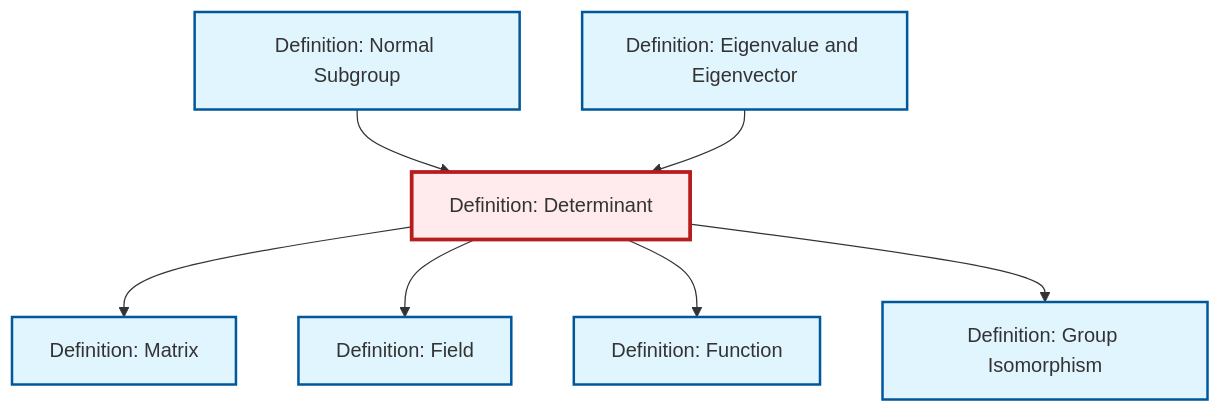
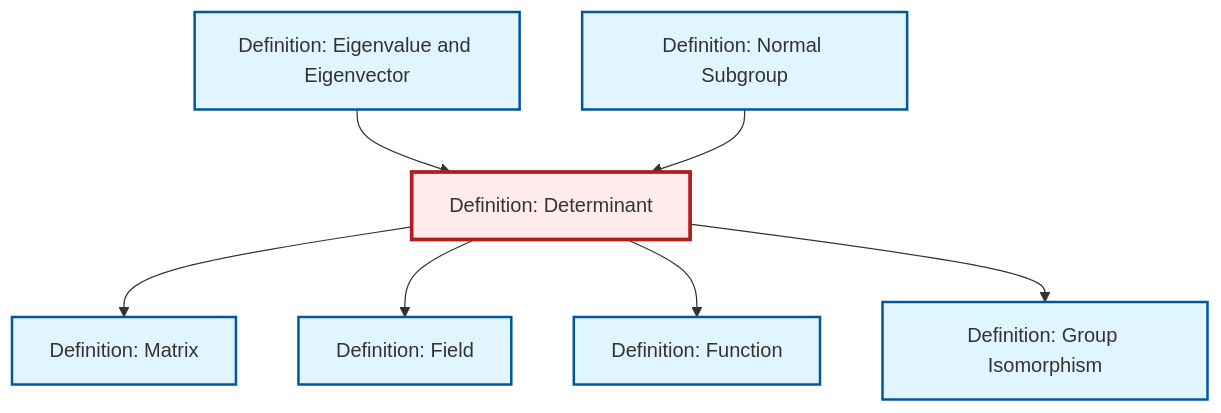
Before and after one commit to RK0429/ModernMath: the diagram in content/en/algebra/def-determinant.qmd, drawn with Mermaid. The commit also changed other lines of this file and 597 other files, not shown here.

````diff
--- a/content/en/algebra/def-determinant.qmd
+++ b/content/en/algebra/def-determinant.qmd
@@ -81,29 +81,29 @@
 ```{mermaid}
 %%| fig-cap: "Local dependency graph"
 graph TD
     classDef definition fill:#e1f5fe,stroke:#01579b,stroke-width:2px
     classDef theorem fill:#f3e5f5,stroke:#4a148c,stroke-width:2px
     classDef axiom fill:#fff3e0,stroke:#e65100,stroke-width:2px
     classDef example fill:#e8f5e9,stroke:#1b5e20,stroke-width:2px
     classDef current fill:#ffebee,stroke:#b71c1c,stroke-width:3px
+    def-function["Definition: Function"]:::definition
+    def-isomorphism["Definition: Group Isomorphism"]:::definition
+    def-field["Definition: Field"]:::definition
+    def-determinant["Definition: Determinant"]:::definition
     def-matrix["Definition: Matrix"]:::definition
-    def-function["Definition: Function"]:::definition
-    def-determinant["Definition: Determinant"]:::definition
+    def-normal-subgroup["Definition: Normal Subgroup"]:::definition
     def-eigenvalue-eigenvector["Definition: Eigenvalue and Eigenvector"]:::definition
-    def-isomorphism["Definition: Group Isomorphism"]:::definition
-    def-normal-subgroup["Definition: Normal Subgroup"]:::definition
-    def-field["Definition: Field"]:::definition
-    def-normal-subgroup --> def-determinant
     def-determinant --> def-matrix
+    def-eigenvalue-eigenvector --> def-determinant
     def-determinant --> def-field
     def-determinant --> def-function
-    def-eigenvalue-eigenvector --> def-determinant
+    def-normal-subgroup --> def-determinant
     def-determinant --> def-isomorphism
     class def-determinant current
+    click def-function "def-function.html" "Go to Function definition"
+    click def-isomorphism "def-isomorphism.html" "Go to Group Isomorphism definition"
+    click def-field "def-field.html" "Go to Field definition"
     click def-matrix "def-matrix.html" "Go to Matrix definition"
-    click def-function "def-function.html" "Go to Function definition"
+    click def-normal-subgroup "def-normal-subgroup.html" "Go to Normal Subgroup definition"
     click def-eigenvalue-eigenvector "def-eigenvalue-eigenvector.html" "Go to Eigenvalue and Eigenvector definition"
-    click def-isomorphism "def-isomorphism.html" "Go to Group Isomorphism definition"
-    click def-normal-subgroup "def-normal-subgroup.html" "Go to Normal Subgroup definition"
-    click def-field "def-field.html" "Go to Field definition"
 ```
````
